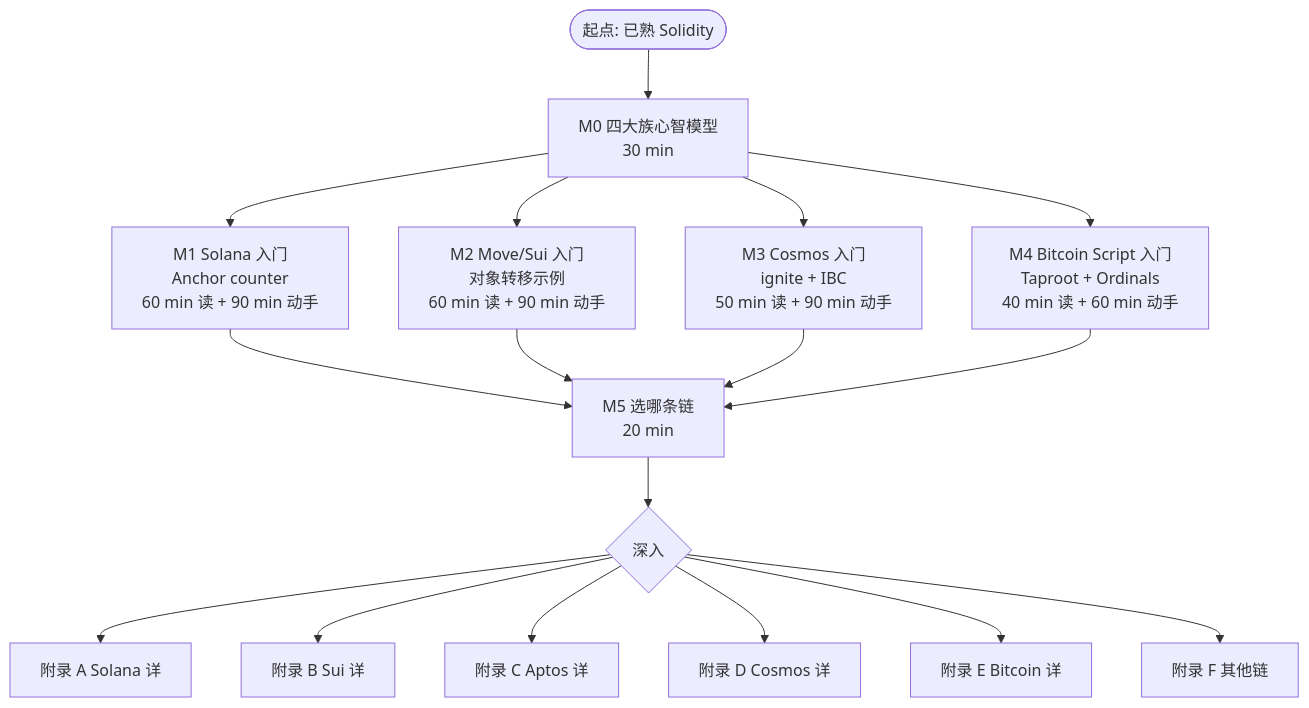
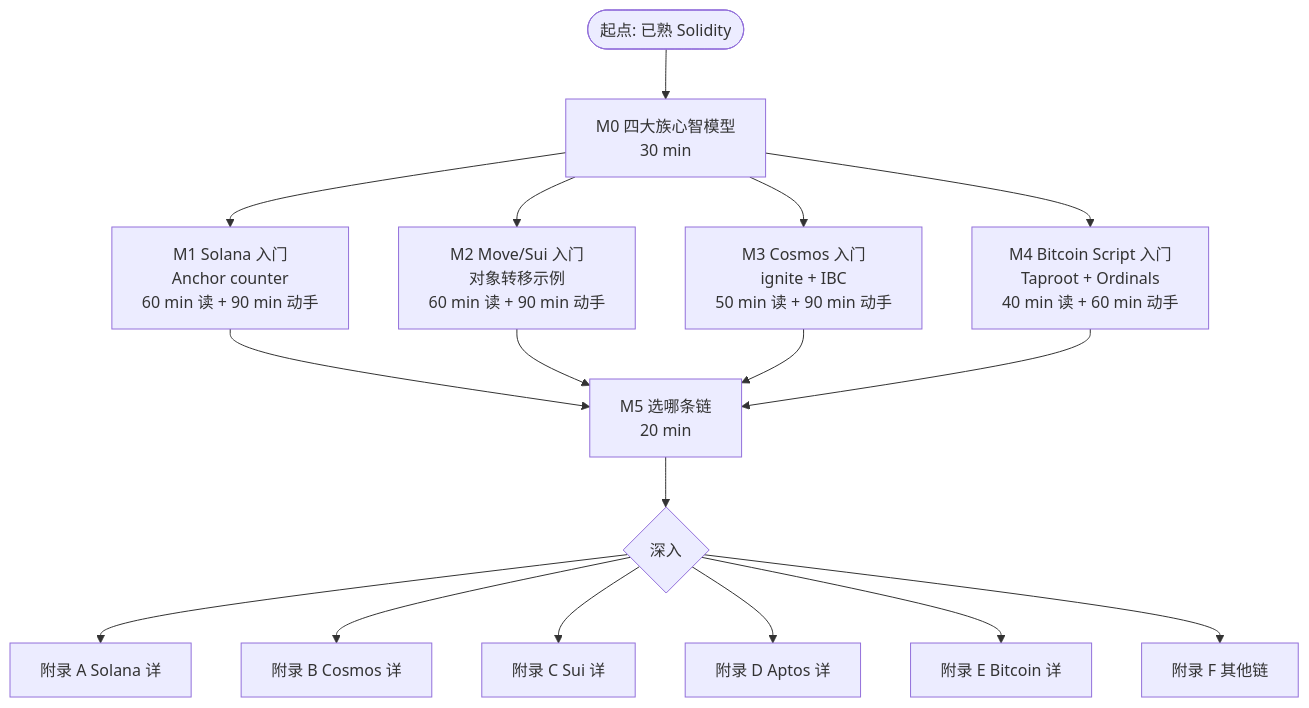
One commit to ChuwuYo/misc-files changed the third of 45 diagrams in web3-engineer-guide/09-替代生态/README.md. Above: the diagram before and after it, drawn with Mermaid. The commit also changed other lines of this file and 52 other files, not shown here.

````diff
--- a/web3-engineer-guide/09-替代生态/README.md
+++ b/web3-engineer-guide/09-替代生态/README.md
@@ -366,16 +364,16 @@
 ```mermaid
 flowchart TB
     Start([起点: 已熟 Solidity]) --> M0[M0 四大族心智模型<br>30 min]
     M0 --> M1[M1 Solana 入门<br>Anchor counter<br>60 min 读 + 90 min 动手]
     M0 --> M2[M2 Move/Sui 入门<br>对象转移示例<br>60 min 读 + 90 min 动手]
     M0 --> M3[M3 Cosmos 入门<br>ignite + IBC<br>50 min 读 + 90 min 动手]
     M0 --> M4[M4 Bitcoin Script 入门<br>Taproot + Ordinals<br>40 min 读 + 60 min 动手]
     M1 & M2 & M3 & M4 --> M5[M5 选哪条链<br>20 min]
     M5 --> Deep{深入}
     Deep --> AppA[附录 A Solana 详]
-    Deep --> AppB[附录 B Sui 详]
-    Deep --> AppC[附录 C Aptos 详]
-    Deep --> AppD[附录 D Cosmos 详]
+    Deep --> AppB[附录 B Cosmos 详]
+    Deep --> AppC[附录 C Sui 详]
+    Deep --> AppD[附录 D Aptos 详]
     Deep --> AppE[附录 E Bitcoin 详]
     Deep --> AppF[附录 F 其他链]
 ```
````
